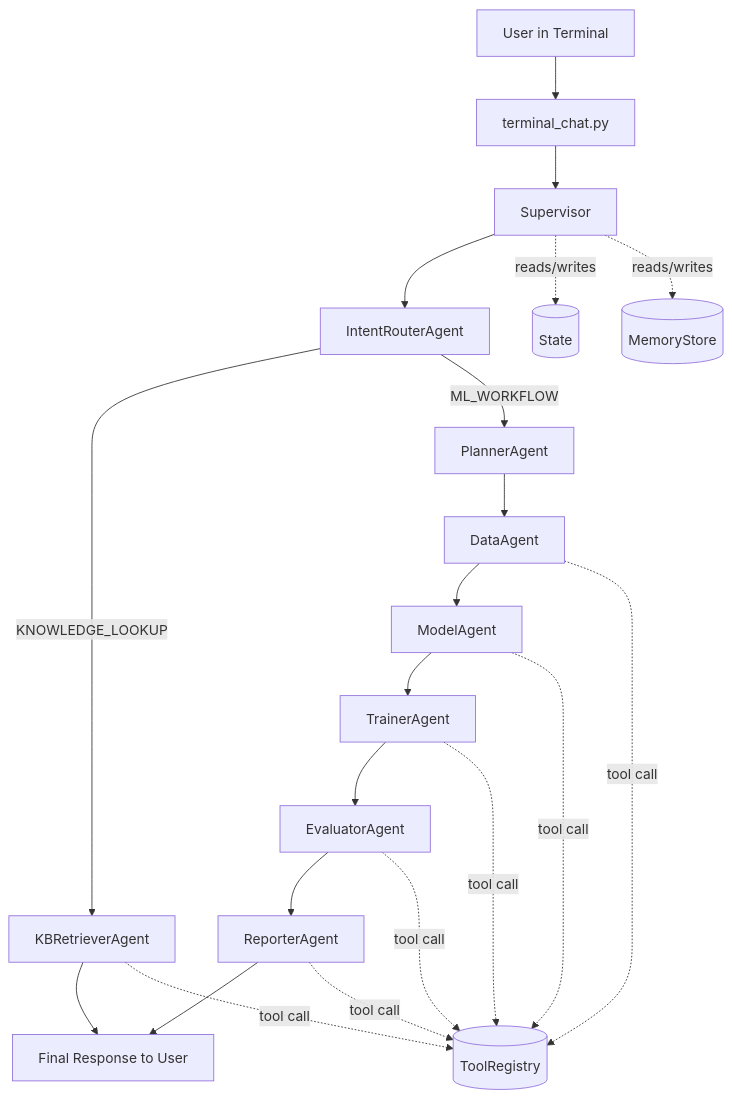
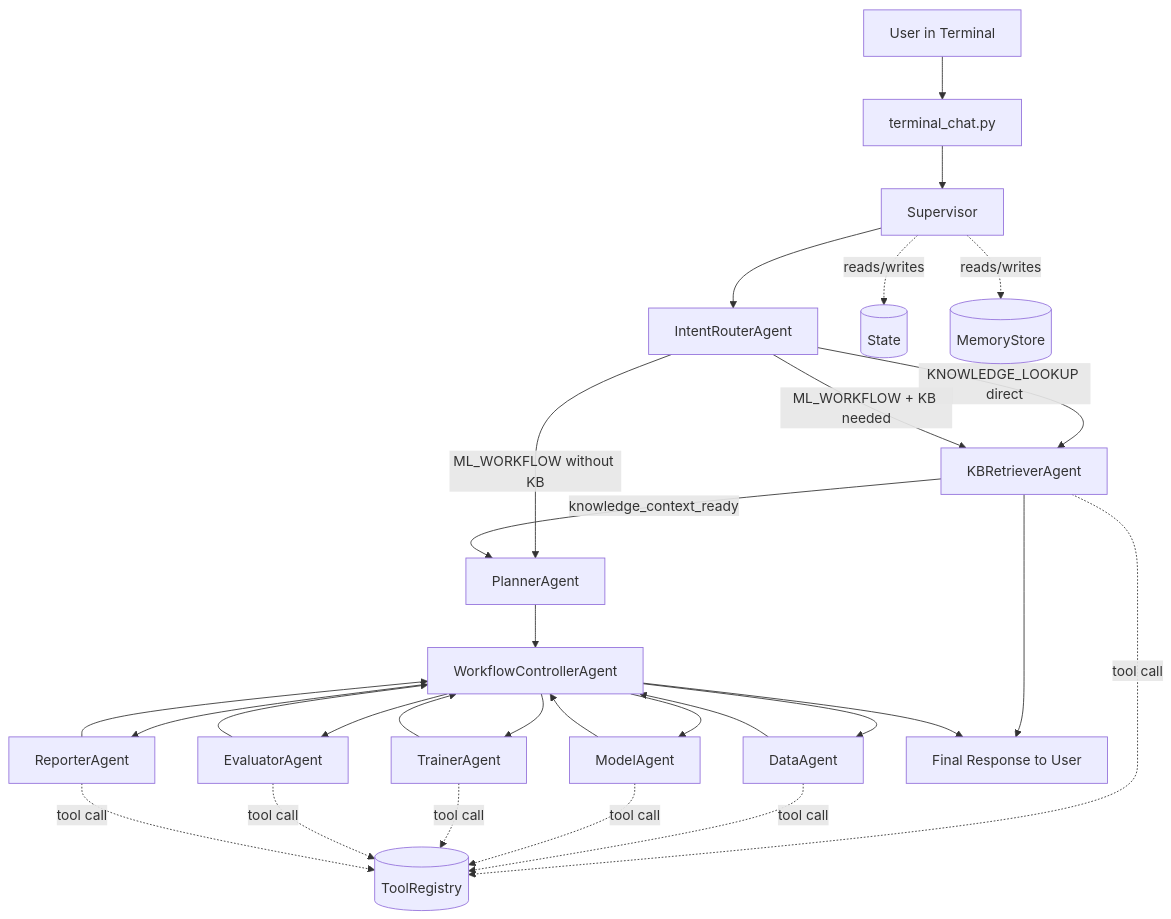
The first of 5 diagrams in system_redesign.md (minw1012/multiagents), drawn with Mermaid before and after one commit. The commit also changed other lines of this file and 2 other files, not shown here.

````diff
--- a/system_redesign.md
+++ b/system_redesign.md
@@ -49,26 +58,34 @@
 ```mermaid
 flowchart TD
     U[User in Terminal] --> T[terminal_chat.py]
     T --> S[Supervisor]
     S --> I[IntentRouterAgent]
-    I -->|KNOWLEDGE_LOOKUP| KB[KBRetrieverAgent]
-    I -->|ML_WORKFLOW| P[PlannerAgent]
+    I -->|KNOWLEDGE_LOOKUP direct| KB[KBRetrieverAgent]
+    I -->|ML_WORKFLOW without KB| P[PlannerAgent]
+    I -->|ML_WORKFLOW + KB needed| KB
+    KB -->|knowledge_context_ready| P
+    P --> C[WorkflowControllerAgent]
 
-    P --> D[DataAgent]
-    D --> M[ModelAgent]
-    M --> TR[TrainerAgent]
-    TR --> E[EvaluatorAgent]
-    E --> R[ReporterAgent]
+    C --> D[DataAgent]
+    C --> M[ModelAgent]
+    C --> TR[TrainerAgent]
+    C --> E[EvaluatorAgent]
+    C --> R[ReporterAgent]
+    D --> C
+    M --> C
+    TR --> C
+    E --> C
+    R --> C
 
     KB --> OUT[Final Response to User]
-    R --> OUT
+    C --> OUT
 
     S -. reads/writes .-> ST[(State)]
     S -. reads/writes .-> MEM[(MemoryStore)]
     KB -. tool call .-> TOOLS[(ToolRegistry)]
     D -. tool call .-> TOOLS
     M -. tool call .-> TOOLS
     TR -. tool call .-> TOOLS
     E -. tool call .-> TOOLS
     R -. tool call .-> TOOLS
 ```
````
